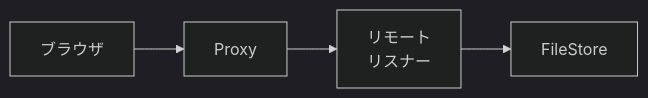
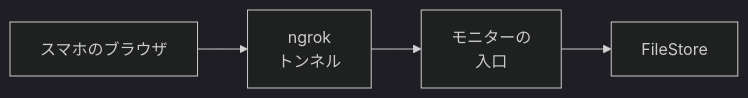
One commit to FooQoo/agent-board changed the third of 3 diagrams in docs/ja/dev/concepts/overview.md. Above: the diagram before and after it, drawn with Mermaid (dark theme). The commit also changed other lines of this file and 63 other files, not shown here.

````diff
--- a/docs/ja/dev/concepts/overview.md
+++ b/docs/ja/dev/concepts/overview.md
@@ -38,6 +38,6 @@
 ```mermaid
 flowchart LR
-    Browser["ブラウザ"] --> Proxy["Proxy"]
-    Proxy --> Remote["リモート<br/>リスナー"]
-    Remote --> Shared["FileStore"]
+    Browser["スマホのブラウザ"] --> Tunnel["ngrok<br/>トンネル"]
+    Tunnel --> Entry["モニターの<br/>入口"]
+    Entry --> Shared["FileStore"]
 ```
````
